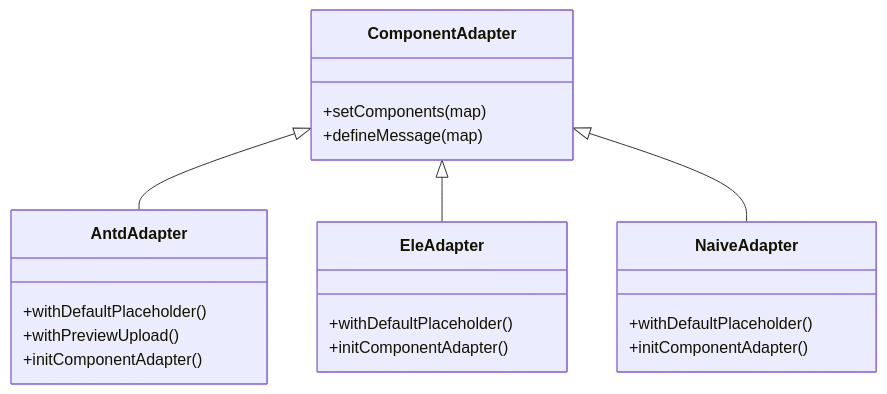
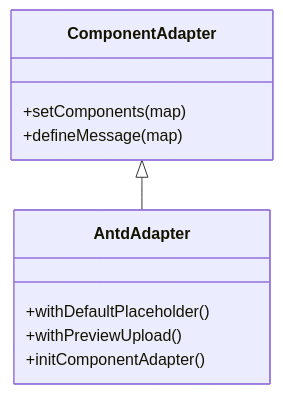
Before and after one commit to liuyinzhong/hive: the fifth of 9 diagrams in .qoder/repowiki/zh/content/架构设计/应用架构/应用架构.md, drawn with Mermaid. The commit also changed other lines of this file and 6 other files, not shown here.

````diff
--- a/.qoder/repowiki/zh/content/架构设计/应用架构/应用架构.md
+++ b/.qoder/repowiki/zh/content/架构设计/应用架构/应用架构.md
@@ -197,23 +187,13 @@
 ```mermaid
 classDiagram
 class ComponentAdapter {
 +setComponents(map)
 +defineMessage(map)
 }
 class AntdAdapter {
 +withDefaultPlaceholder()
 +withPreviewUpload()
 +initComponentAdapter()
 }
-class EleAdapter {
-+withDefaultPlaceholder()
-+initComponentAdapter()
-}
-class NaiveAdapter {
-+withDefaultPlaceholder()
-+initComponentAdapter()
-}
 ComponentAdapter <|-- AntdAdapter
-ComponentAdapter <|-- EleAdapter
-ComponentAdapter <|-- NaiveAdapter
 ```
````
